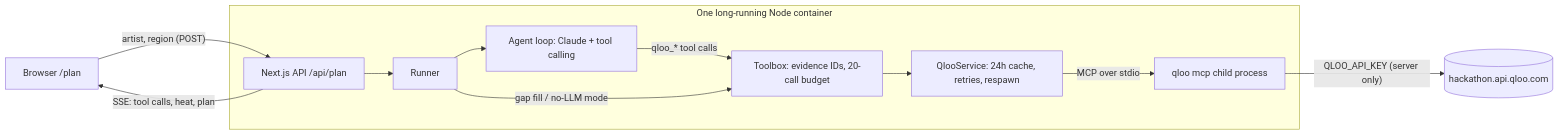
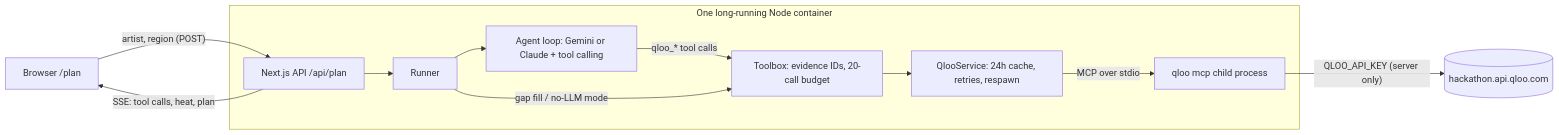
One commit to softalpha0/Opener changed the diagram in README.md. Above: the diagram before and after it, drawn with Mermaid. The commit also changed other lines of this file and 23 other files, not shown here.

Commit message:
Add Gemini agent support; merge nearby cities; tidy evidence labels

````diff
--- a/README.md
+++ b/README.md
@@ -43,14 +43,14 @@
 ```mermaid
 flowchart LR
   B[Browser /plan] -- "artist, region (POST)" --> API[Next.js API /api/plan]
   API -- "SSE: tool calls, heat, plan" --> B
   subgraph Container [One long-running Node container]
     API --> R[Runner]
-    R --> A[Agent loop: Claude + tool calling]
+    R --> A[Agent loop: Gemini or Claude + tool calling]
     A -- "qloo_* tool calls" --> T[Toolbox: evidence IDs, 20-call budget]
     R -- "gap fill / no-LLM mode" --> T
     T --> C[QlooService: 24h cache, retries, respawn]
     C -- "MCP over stdio" --> M[qloo mcp child process]
   end
   M -- "QLOO_API_KEY (server only)" --> Q[(hackathon.api.qloo.com)]
 ```
````
